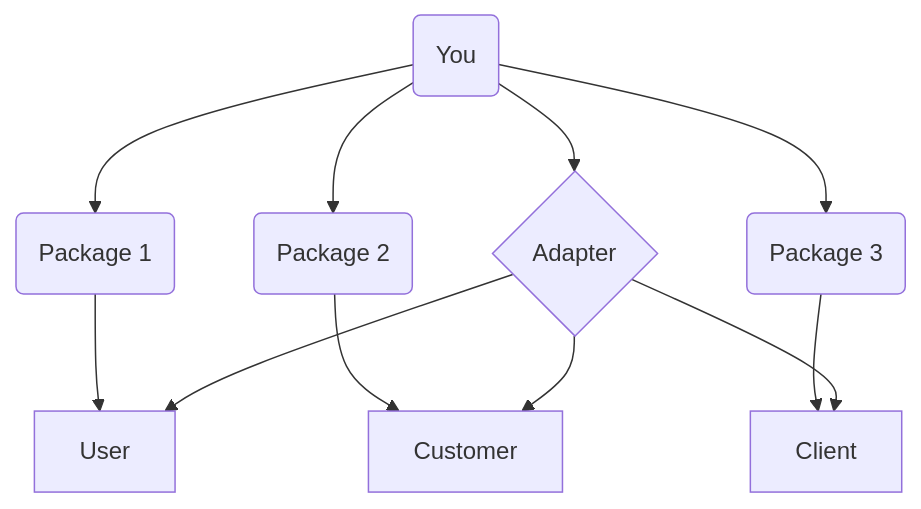
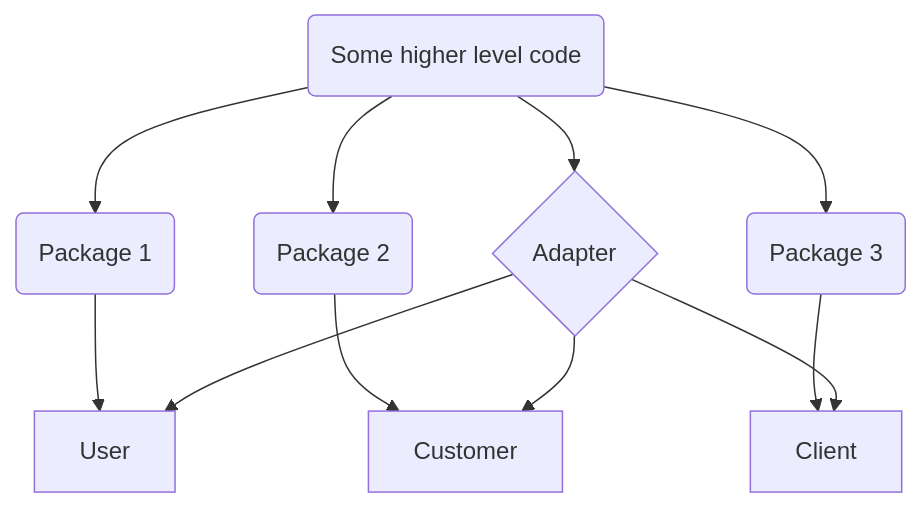
The second of 11 diagrams in software-dev/DDD.md (hoangbv15/my-notes), drawn with Mermaid before and after one commit. The commit also changed other lines of this file, not shown here.

Commit message:
no message

````diff
--- a/software-dev/DDD.md
+++ b/software-dev/DDD.md
@@ -62,20 +62,20 @@
 ```mermaid
 flowchart TD
-  Y("You")
+  S("Some higher level code")
   P1("Package 1")
   P2("Package 2")
   P3("Package 3")
   A{"Adapter"}
   P1 --> User
   P2 --> Customer
   P3 --> Client
 
-  Y --> P1
-  Y --> P2
-  Y --> P3
-  Y --> A
+  S --> P1
+  S --> P2
+  S --> P3
+  S --> A
   
   A --> User
   A --> Customer
   A --> Client
 ```
````
